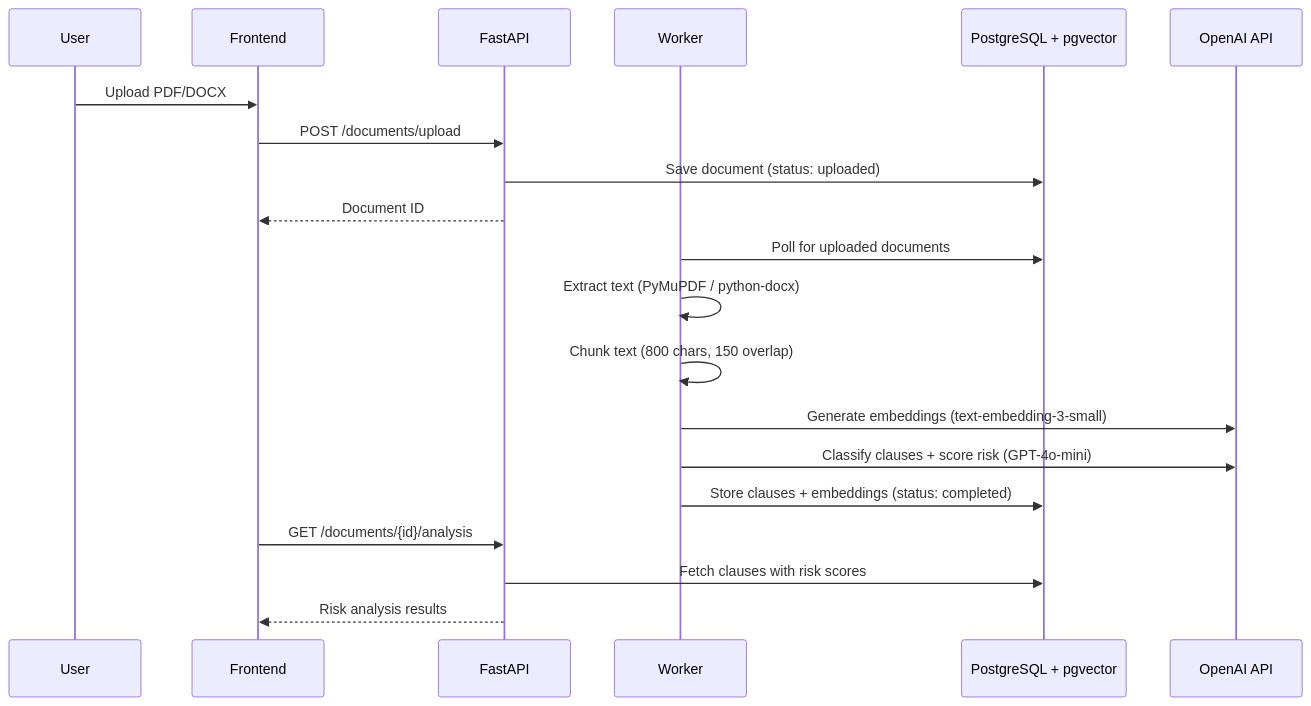
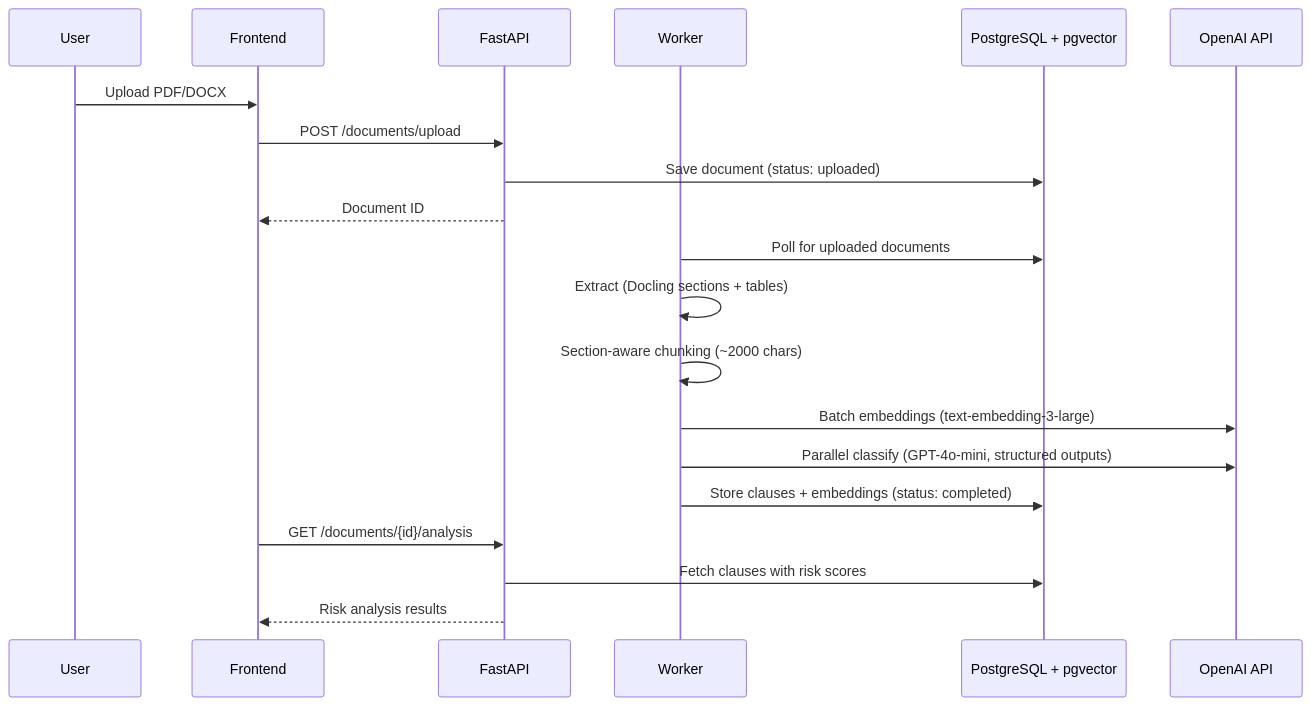
Before and after one commit to vijay-prabhu/contractlens: the second of 2 diagrams in README.md, drawn with Mermaid. The commit also changed other lines of this file, not shown here.

````diff
--- a/README.md
+++ b/README.md
@@ -60,25 +69,25 @@
 ```mermaid
 sequenceDiagram
     participant U as User
     participant FE as Frontend
     participant API as FastAPI
     participant W as Worker
     participant DB as PostgreSQL + pgvector
     participant OAI as OpenAI API
 
     U->>FE: Upload PDF/DOCX
     FE->>API: POST /documents/upload
     API->>DB: Save document (status: uploaded)
     API-->>FE: Document ID
 
     W->>DB: Poll for uploaded documents
-    W->>W: Extract text (PyMuPDF / python-docx)
-    W->>W: Chunk text (800 chars, 150 overlap)
-    W->>OAI: Generate embeddings (text-embedding-3-small)
-    W->>OAI: Classify clauses + score risk (GPT-4o-mini)
+    W->>W: Extract (Docling sections + tables)
+    W->>W: Section-aware chunking (~2000 chars)
+    W->>OAI: Batch embeddings (text-embedding-3-large)
+    W->>OAI: Parallel classify (GPT-4o-mini, structured outputs)
     W->>DB: Store clauses + embeddings (status: completed)
 
     FE->>API: GET /documents/{id}/analysis
     API->>DB: Fetch clauses with risk scores
     API-->>FE: Risk analysis results
 ```
````
